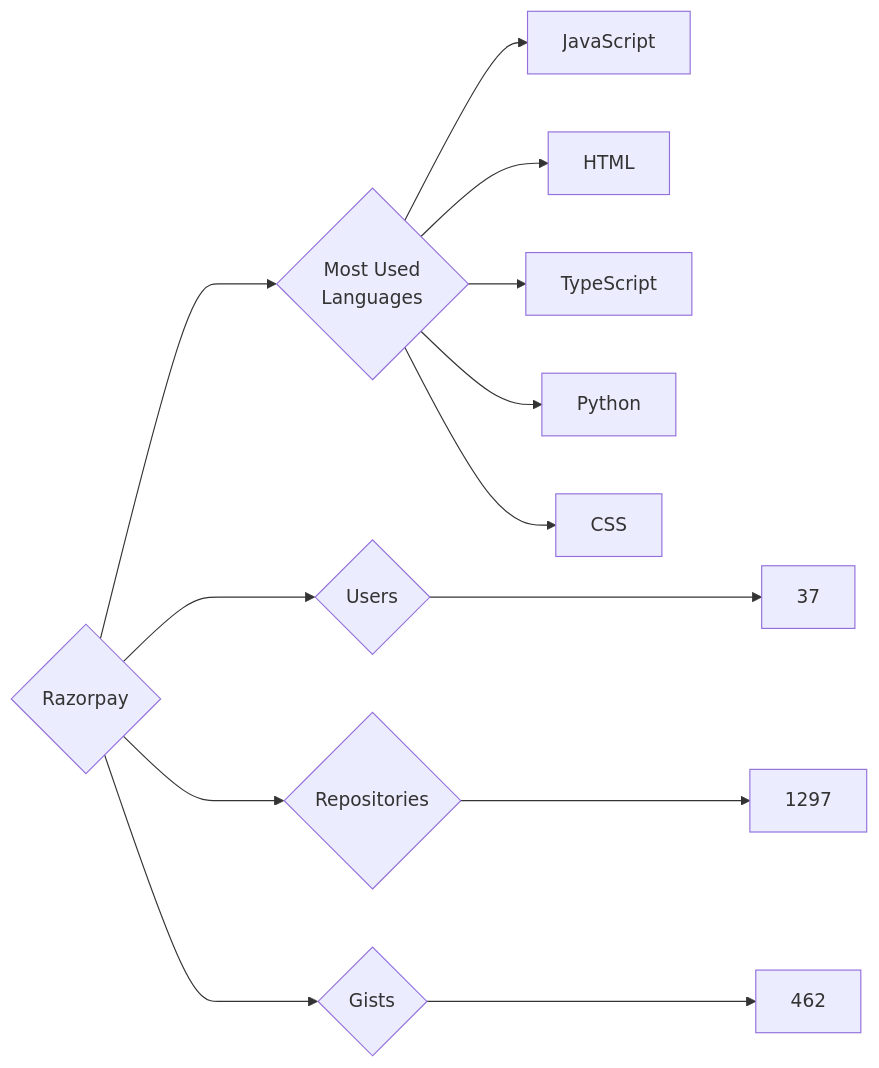
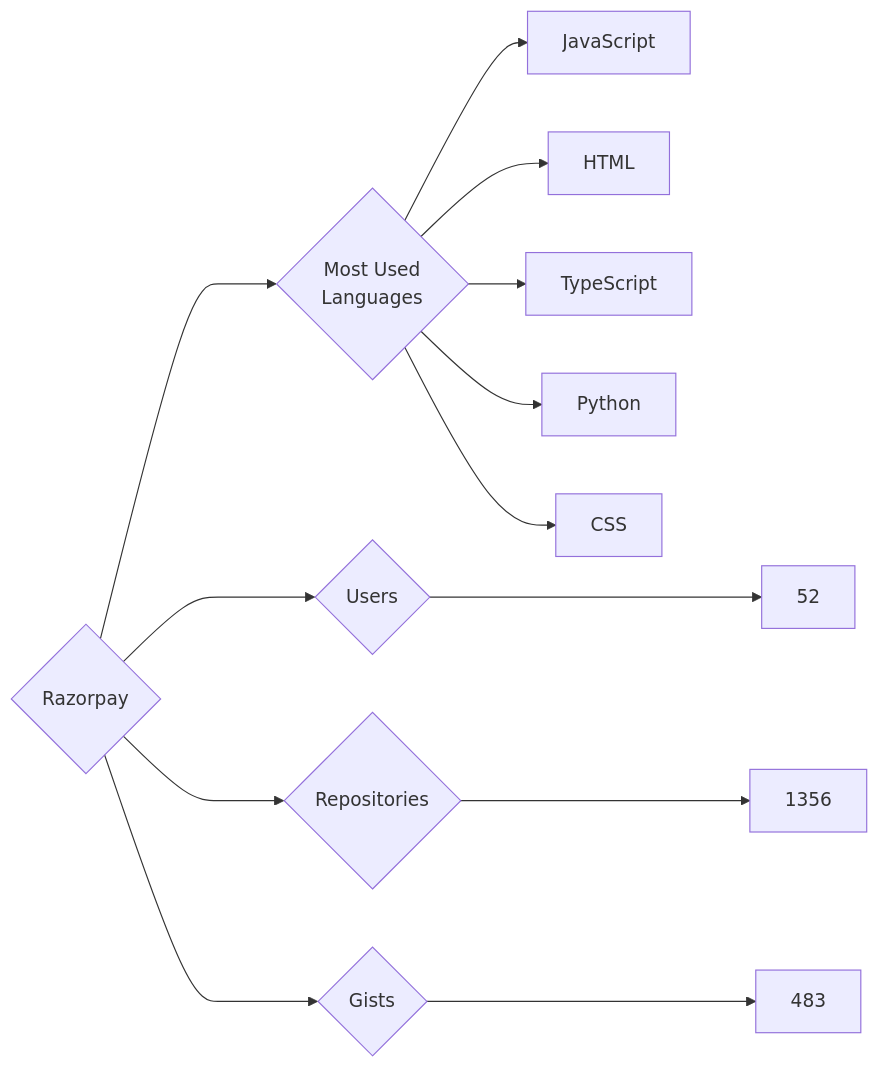
One commit to trickest/insiders changed the diagram in targets/Razorpay/README.md. Above: the diagram before and after it, drawn with Mermaid. The commit also changed 1696 other files, not shown here.

````diff
--- a/targets/Razorpay/README.md
+++ b/targets/Razorpay/README.md
@@ -3,13 +3,13 @@
 ```mermaid
 graph LR
 COMPANY_NAME{Razorpay}
-COMPANY_NAME ---> U{Users} ---> UN[37]
-COMPANY_NAME ---> R{Repositories} ---> RN[1297]
-COMPANY_NAME ---> G{Gists} ---> GN[462]
+COMPANY_NAME ---> U{Users} ---> UN[52]
+COMPANY_NAME ---> R{Repositories} ---> RN[1356]
+COMPANY_NAME ---> G{Gists} ---> GN[483]
 COMPANY_NAME ---> ML{Most Used<br>Languages}
 ML --> JavaScript[JavaScript]
 ML --> HTML[HTML]
 ML --> TypeScript[TypeScript]
 ML --> Python[Python]
 ML --> CSS[CSS]
 ```
````
